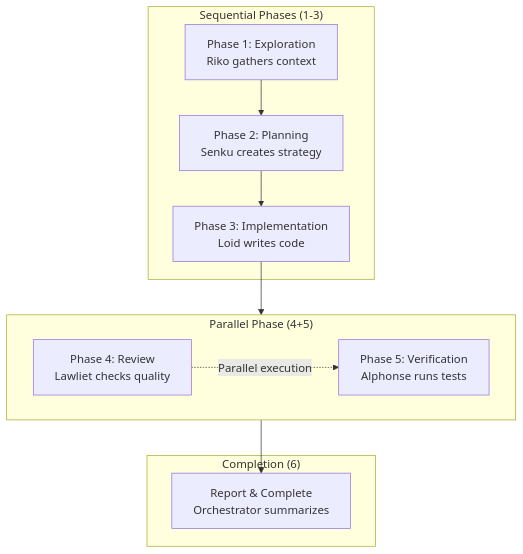
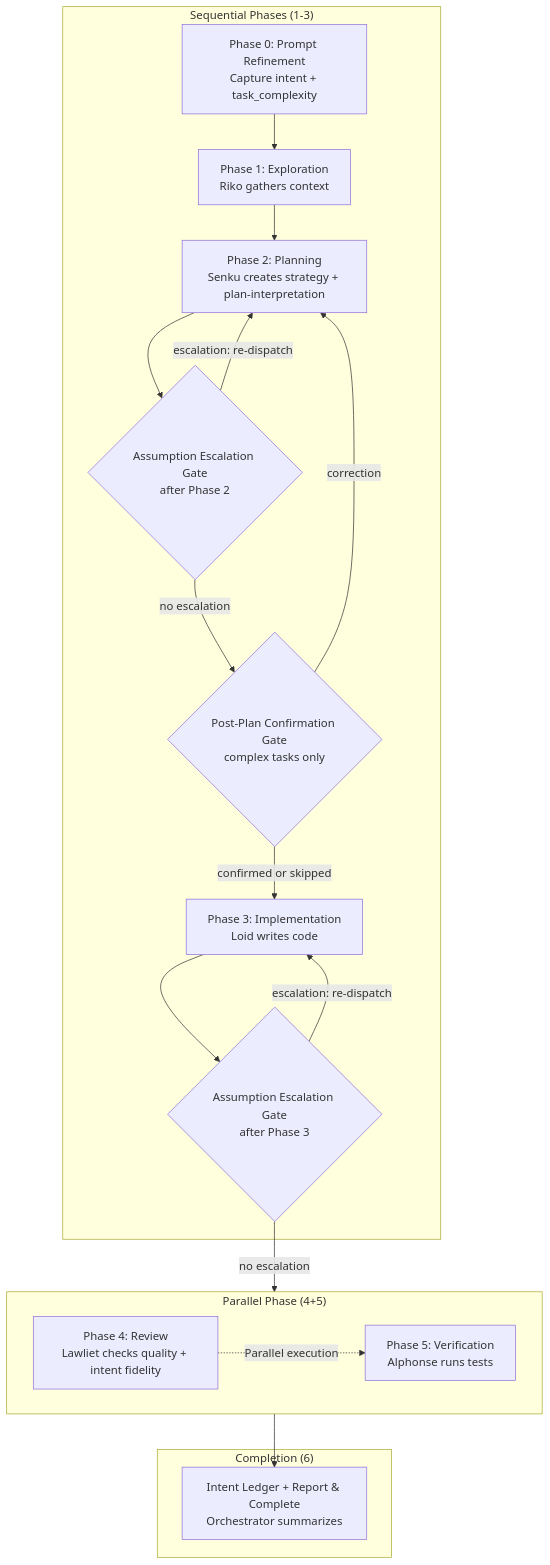
Before and after one commit to josix/agent-flow: the first of 5 diagrams in docs/architecture/team-orchestration.md, drawn with Mermaid. The commit also changed 8 other files, not shown here.

````diff
--- a/docs/architecture/team-orchestration.md
+++ b/docs/architecture/team-orchestration.md
@@ -40,24 +40,35 @@
 ```mermaid
 flowchart TB
     subgraph Sequential["Sequential Phases (1-3)"]
+        P0[Phase 0: Prompt Refinement<br/>Capture intent + task_complexity]
         P1[Phase 1: Exploration<br/>Riko gathers context]
-        P2[Phase 2: Planning<br/>Senku creates strategy]
+        P2[Phase 2: Planning<br/>Senku creates strategy + plan-interpretation]
+        G1{Assumption Escalation Gate<br/>after Phase 2}
+        G2{Post-Plan Confirmation Gate<br/>complex tasks only}
         P3[Phase 3: Implementation<br/>Loid writes code]
+        G3{Assumption Escalation Gate<br/>after Phase 3}
     end
 
     subgraph Parallel["Parallel Phase (4+5)"]
         direction LR
-        P4[Phase 4: Review<br/>Lawliet checks quality]
+        P4[Phase 4: Review<br/>Lawliet checks quality + intent fidelity]
         P5[Phase 5: Verification<br/>Alphonse runs tests]
     end
 
     subgraph Report["Completion (6)"]
-        P6[Report & Complete<br/>Orchestrator summarizes]
+        P6[Intent Ledger + Report & Complete<br/>Orchestrator summarizes]
     end
 
+    P0 --> P1
     P1 --> P2
-    P2 --> P3
-    P3 --> Parallel
+    P2 --> G1
+    G1 -->|no escalation| G2
+    G1 -->|escalation: re-dispatch| P2
+    G2 -->|confirmed or skipped| P3
+    G2 -->|correction| P2
+    P3 --> G3
+    G3 -->|no escalation| Parallel
+    G3 -->|escalation: re-dispatch| P3
     P4 -.Parallel execution.-> P5
     Parallel --> P6
 ```
````
